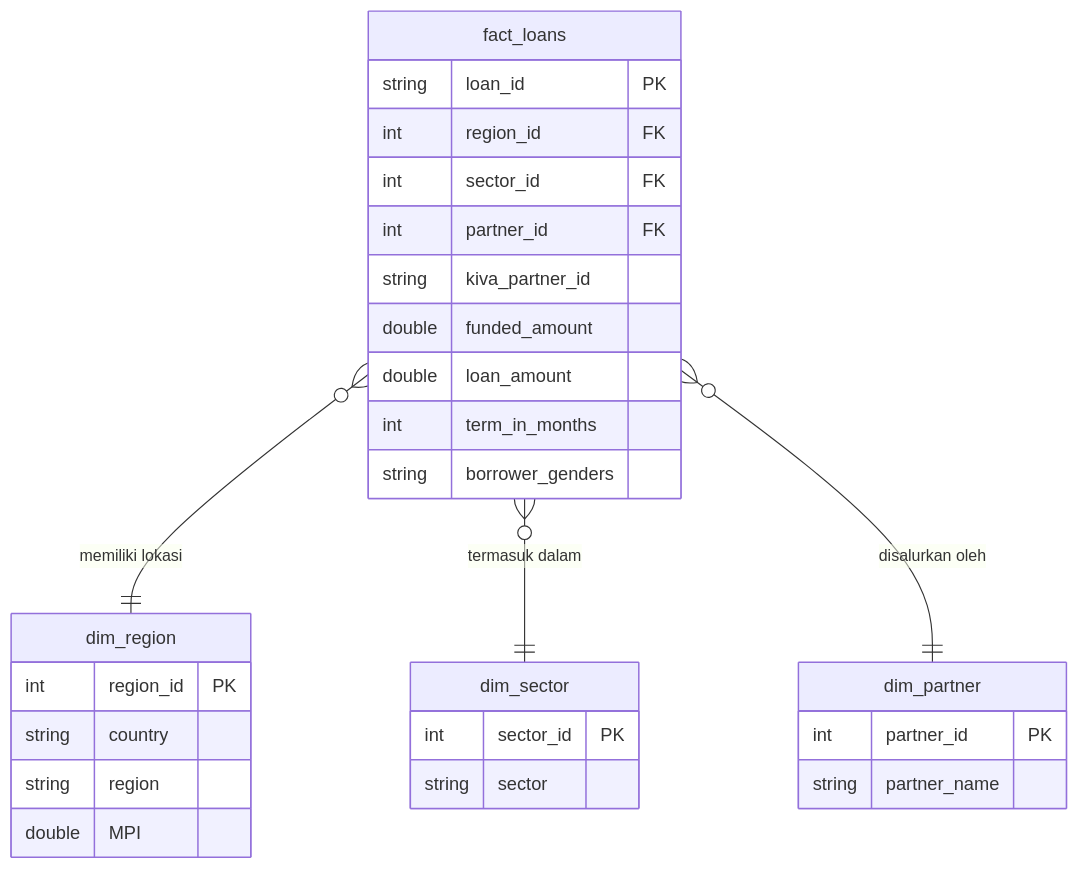
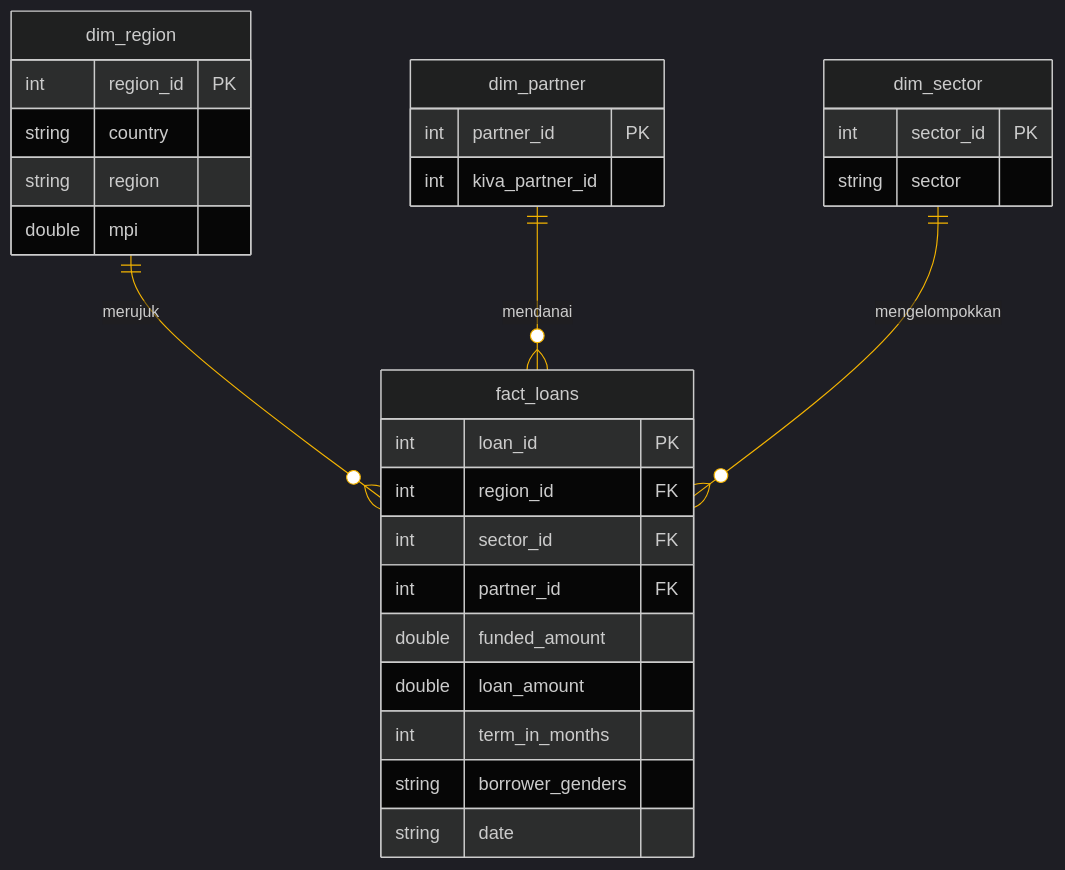
The diagram in README.md (sains-data/Kelompok-2_Tanpa-Kemiskinan), drawn with Mermaid before and after one commit.

````diff
--- a/README.md
+++ b/README.md
@@ -32,35 +32,36 @@
 ```mermaid
+%%{init: { 'theme': 'dark', 'themeVariables': { 'lineColor': '#F4B400', 'primaryColor': '#1E1E1E'}}}%%
 erDiagram
     fact_loans {
-        string loan_id PK
+        int loan_id PK
         int region_id FK
         int sector_id FK
         int partner_id FK
-        string kiva_partner_id
         double funded_amount
         double loan_amount
         int term_in_months
         string borrower_genders
+        string date
     }
-    
+
     dim_region {
         int region_id PK
         string country
         string region
-        double MPI
+        double mpi
     }
-    
+
+    dim_partner {
+        int partner_id PK
+        int kiva_partner_id
+    }
+
     dim_sector {
         int sector_id PK
         string sector
     }
-    
-    dim_partner {
-        int partner_id PK
-        string partner_name
-    }
 
-    fact_loans }o--|| dim_region : "memiliki lokasi"
-    fact_loans }o--|| dim_sector : "termasuk dalam"
-    fact_loans }o--|| dim_partner : "disalurkan oleh"
+    dim_region ||--o{ fact_loans : "merujuk"
+    dim_partner ||--o{ fact_loans : "mendanai"
+    dim_sector ||--o{ fact_loans : "mengelompokkan"
 ```
````
